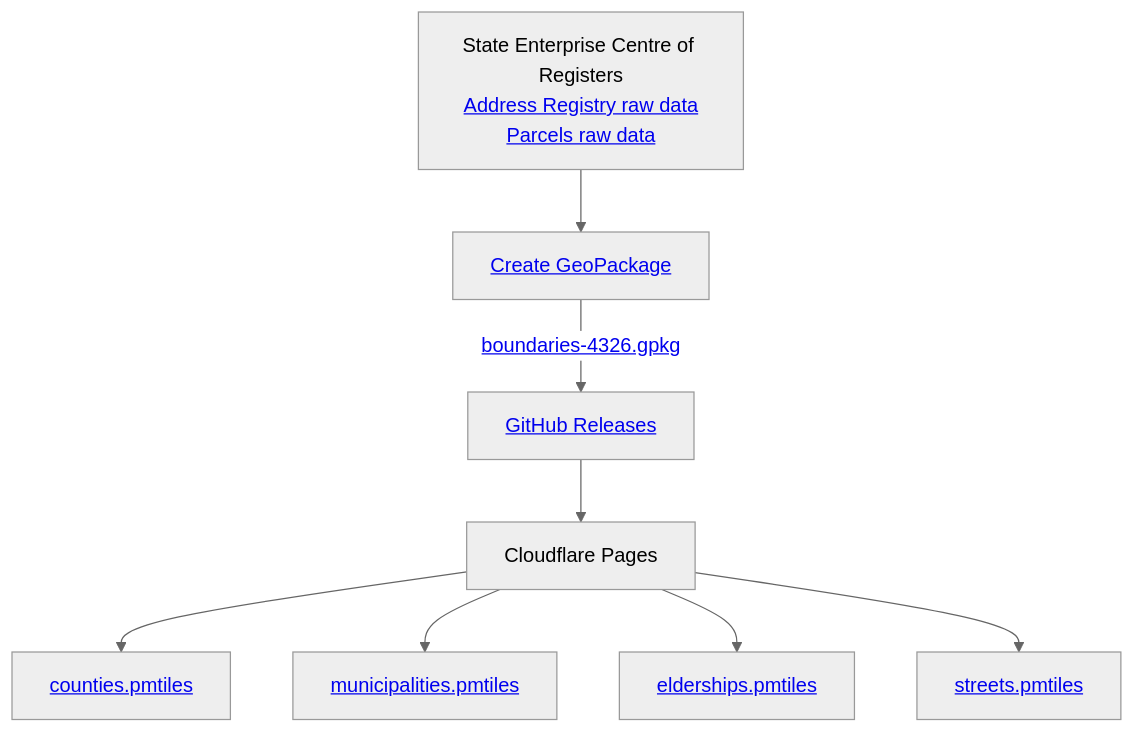
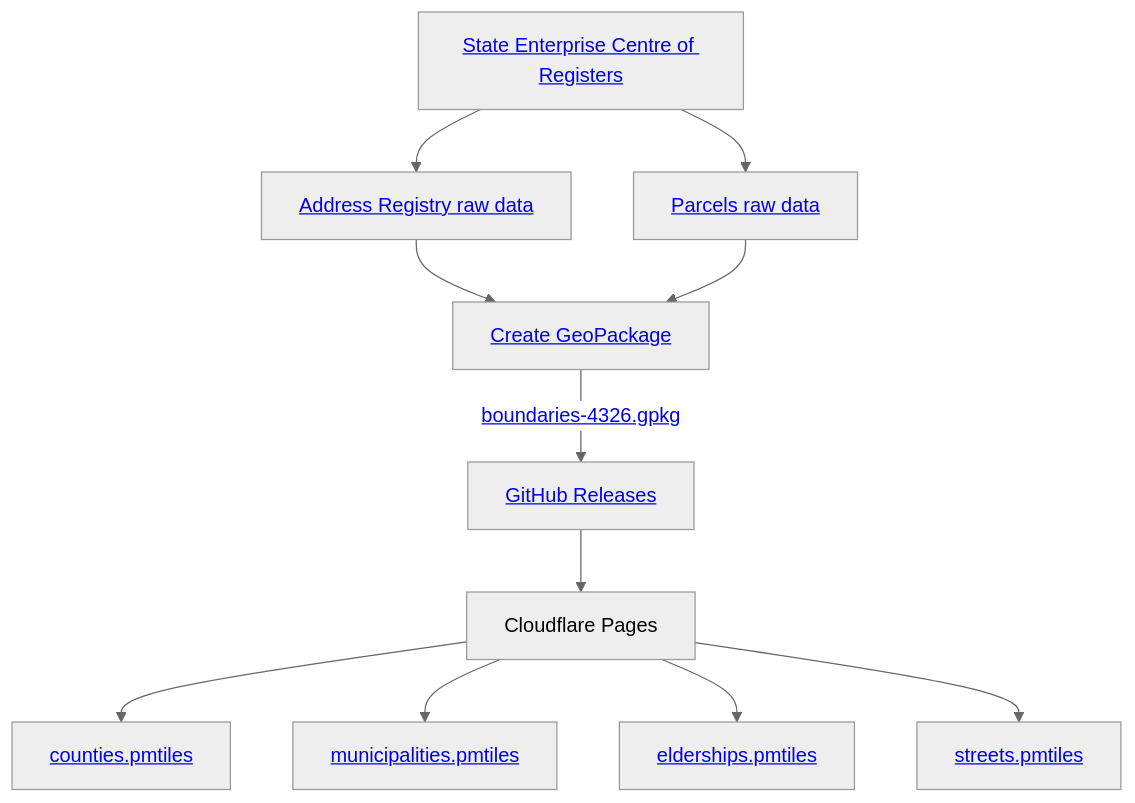
One commit to govlt/national-boundaries changed the diagram in README.md. Above: the diagram before and after it, drawn with Mermaid (neutral theme).

````diff
--- a/README.md
+++ b/README.md
@@ -46,13 +46,18 @@
 ```mermaid
 flowchart TD
-    ar["State Enterprise Centre of Registers\n<a href='https://www.registrucentras.lt/p/1187'>Address Registry raw data</a>\n<a href='https://www.registrucentras.lt/p/1092'>Parcels raw data</a>"]
-    --> transform["<a href='https://github.com/govlt/national-boundaries/blob/main/create-geopackage.sh'>Create GeoPackage</a>"]
-    --> |"<a href='https://github.com/govlt/national-boundaries/releases/latest/download/boundaries-4326.gpkg'>boundaries-4326.gpkg</a>"|github-releases
+    rc["<a href='https://www.registrucentras.lt'>State Enterprise Centre of Registers</a>"]
+    rc-->ar["<a href='https://www.registrucentras.lt/p/1187'>Address Registry raw data</a>"]
+    rc-->pr["<a href='https://www.registrucentras.lt/p/1092'>Parcels raw data</a>"]
 
+    transform["<a href='https://github.com/govlt/national-boundaries/blob/main/create-geopackage.sh'>Create GeoPackage</a>"]-->|"<a href='https://github.com/govlt/national-boundaries/releases/latest/download/boundaries-4326.gpkg'>boundaries-4326.gpkg</a>"|github-releases    
+    
     github-releases["<a href='https://github.com/govlt/national-boundaries/releases'>GitHub Releases</a>"]--> cloudflare-pages["Cloudflare Pages"]
 
+    ar-->transform
+    pr-->transform
+    
     cloudflare-pages-->pages-counties["<a href='https://boundaries.startupgov.lt/pmtiles/counties.pmtiles'>counties.pmtiles</a>"]
     cloudflare-pages-->pages-municipalities["<a href='https://boundaries.startupgov.lt/pmtiles/municipalities.pmtiles'>municipalities.pmtiles</a>"]
     cloudflare-pages-->pages-elderships["<a href='https://boundaries.startupgov.lt/pmtiles/elderships.pmtiles'>elderships.pmtiles</a>"]
     cloudflare-pages-->pages-streets["<a href='https://boundaries.startupgov.lt/pmtiles/streets.pmtiles'>streets.pmtiles</a>"]
 ```
````
